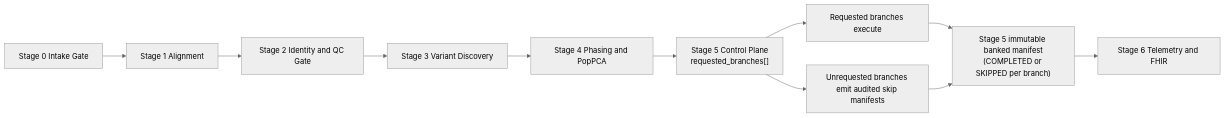
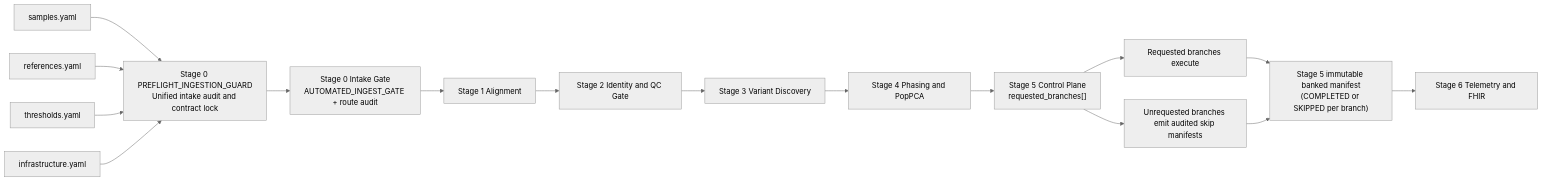
Before and after one commit to jmorganknight/nf_Gen_Var_Pipe: the diagram in README.md, drawn with Mermaid (neutral theme). The commit also changed 1 other file, not shown here.

Commit message:
Align Stage 0 architecture docs with actual preflight guard structure
- update root pipeline diagram to show unified Stage 0 preflight intake audit over YAML contracts\n- fix Stage 0 README wet-lab note to reference PREFLIGHT_INGESTION_GUARD (active wiring)\n- keep documentation consistent with Stage_0_Preflight_Ingest_Gate/main.nf call graph

````diff
--- a/README.md
+++ b/README.md
@@ -51,13 +51,18 @@
 ```mermaid
 flowchart LR
-	S0["Stage 0 Intake Gate"] --> S1["Stage 1 Alignment"]
+	Y1["samples.yaml"] --> P0["Stage 0 PREFLIGHT_INGESTION_GUARD\nUnified intake audit and contract lock"]
+	Y2["references.yaml"] --> P0
+	Y3["thresholds.yaml"] --> P0
+	Y4["infrastructure.yaml"] --> P0
+	P0 --> S0["Stage 0 Intake Gate\nAUTOMATED_INGEST_GATE + route audit"]
+	S0 --> S1["Stage 1 Alignment"]
 	S1 --> S2["Stage 2 Identity and QC Gate"]
 	S2 --> S3["Stage 3 Variant Discovery"]
 	S3 --> S4["Stage 4 Phasing and PopPCA"]
 	S4 --> CP["Stage 5 Control Plane\nrequested_branches[]"]
 	CP --> S5A["Requested branches execute"]
 	CP --> S5B["Unrequested branches emit audited skip manifests"]
 	S5A --> S5M["Stage 5 immutable banked manifest\n(COMPLETED or SKIPPED per branch)"]
 	S5B --> S5M
 	S5M --> S6["Stage 6 Telemetry and FHIR"]
 ```
````
